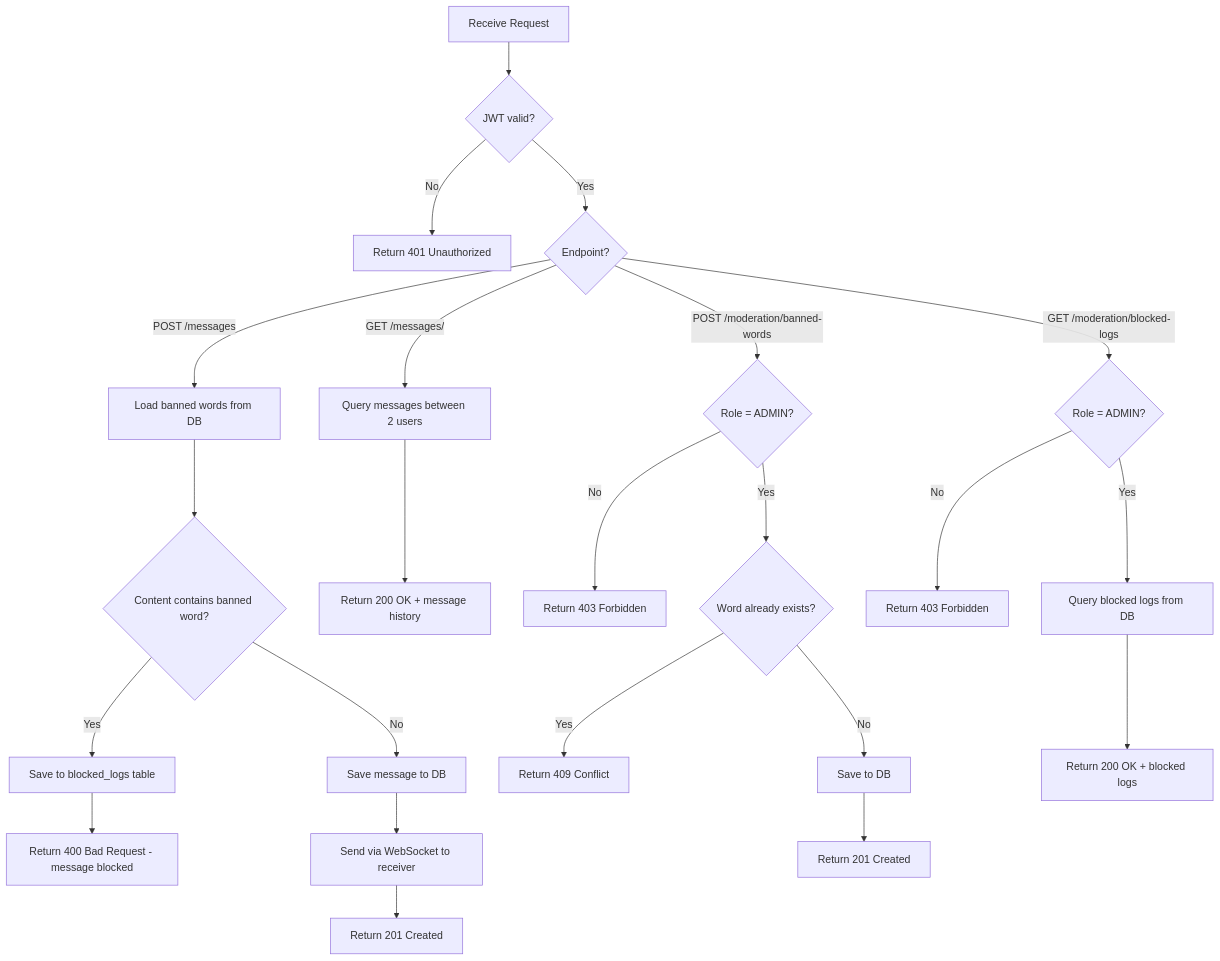
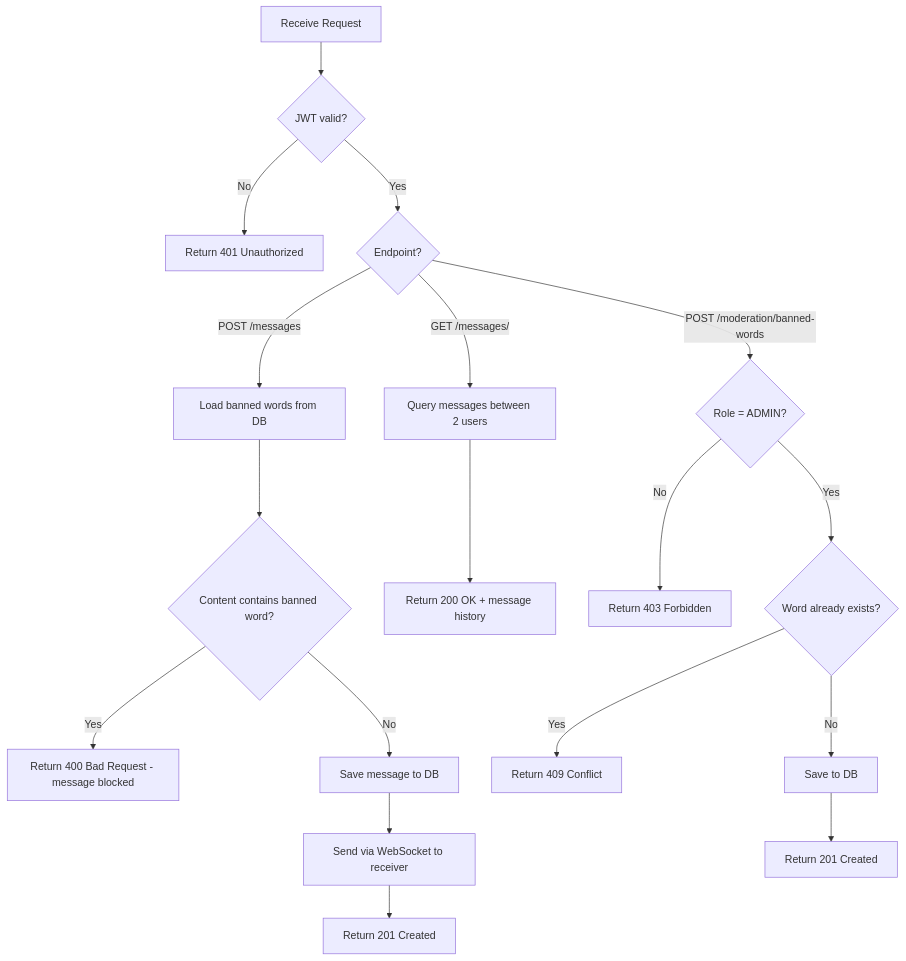
The fifth of 5 diagrams in docs/analysis-and-design.md (HiepNguyen284/chatapp-microservice), drawn with Mermaid before and after one commit. The commit also changed other lines of this file, not shown here.

````diff
--- a/docs/analysis-and-design.md
+++ b/docs/analysis-and-design.md
@@ -341,29 +335,23 @@
 ```mermaid
 flowchart TD
     A[Receive Request] --> B{JWT valid?}
     B -->|No| B1[Return 401 Unauthorized]
     B -->|Yes| C{Endpoint?}
 
     C -->|POST /messages| D[Load banned words from DB]
     D --> E{Content contains banned word?}
-    E -->|Yes| F[Save to blocked_logs table]
-    F --> F1[Return 400 Bad Request - message blocked]
+    E -->|Yes| F1[Return 400 Bad Request - message blocked]
     E -->|No| G[Save message to DB]
     G --> H[Send via WebSocket to receiver]
     H --> I[Return 201 Created]
 
     C -->|GET /messages/<userId>| J[Query messages between 2 users]
     J --> J1[Return 200 OK + message history]
 
     C -->|POST /moderation/banned-words| K{Role = ADMIN?}
     K -->|No| K1[Return 403 Forbidden]
     K -->|Yes| K2{Word already exists?}
     K2 -->|Yes| K3[Return 409 Conflict]
     K2 -->|No| K4[Save to DB]
     K4 --> K5[Return 201 Created]
-
-    C -->|GET /moderation/blocked-logs| L{Role = ADMIN?}
-    L -->|No| L1[Return 403 Forbidden]
-    L -->|Yes| L2[Query blocked logs from DB]
-    L2 --> L3[Return 200 OK + blocked logs]
 ```
````
